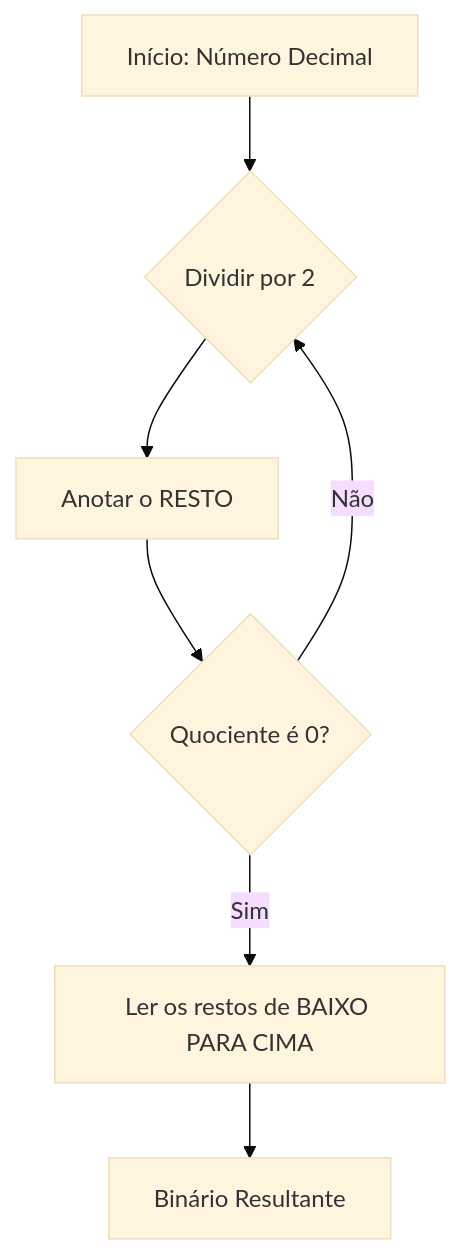
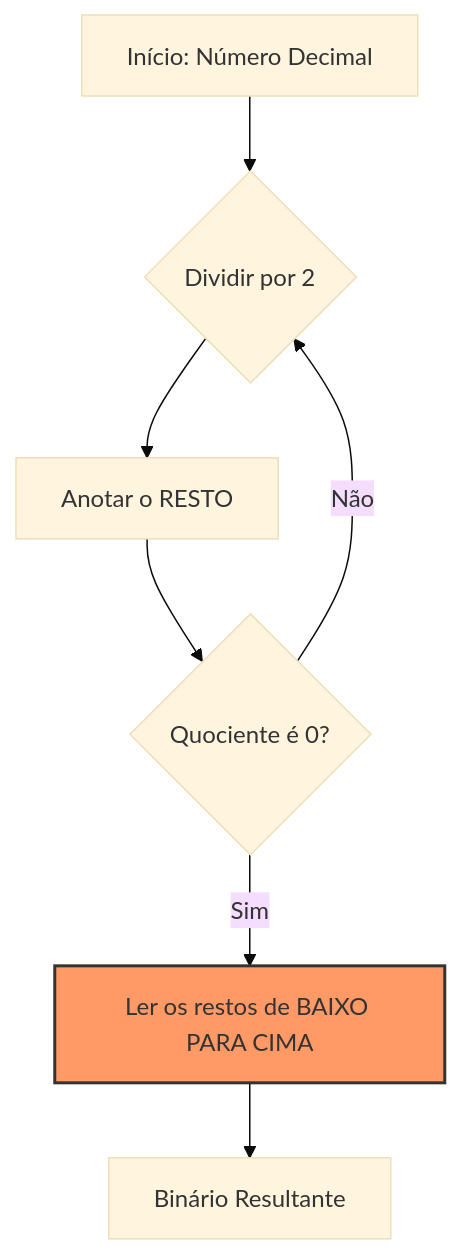
One commit to ricardotecpro/ads_mod_01_fundamentos_da_computacao changed the diagram in docs/aulas/aula-02.md. Above: the diagram before and after it, drawn with Mermaid (base theme). The commit also changed other lines of this file and 31 other files, not shown here.

````diff
--- a/docs/aulas/aula-02.md
+++ b/docs/aulas/aula-02.md
@@ -29,9 +20,10 @@
 ```mermaid
 flowchart TD
-    A[Início: Número Decimal] --> B{Dividir por 2}
-    B --> C[Anotar o RESTO]
-    C --> D{Quociente é 0?}
+    A["Início: Número Decimal"] --> B{"Dividir por 2"}
+    B --> C["Anotar o RESTO"]
+    C --> D{"Quociente é 0?"}
     D -- Não --> B
-    D -- Sim --> E[Ler os restos de BAIXO PARA CIMA]
-    E --> F[Binário Resultante]
+    D -- Sim --> E["Ler os restos de BAIXO PARA CIMA"]
+    E --> F["Binário Resultante"]
+    style E fill:#f96,stroke:#333,stroke-width:2px
 ```
````
